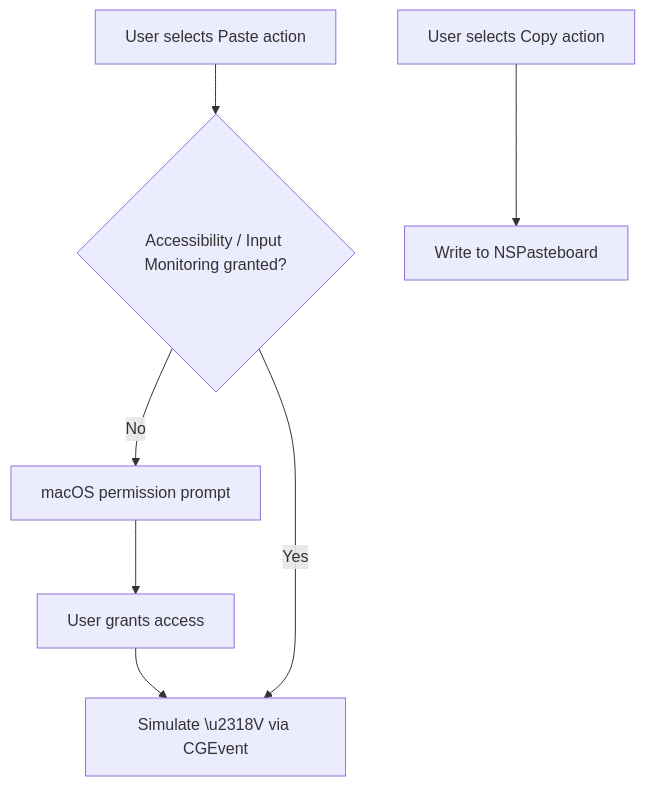
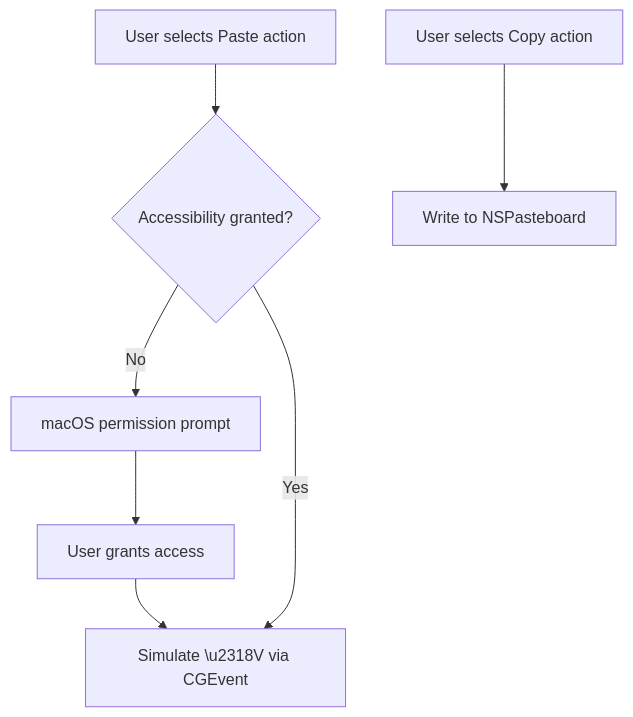
Before and after one commit to JonathanDumitru/Pault: the diagram in docs/diagrams/permissions-flow.mmd, drawn with Mermaid. The commit also changed 57 other files, not shown here.

```diff
--- a/docs/diagrams/permissions-flow.mmd
+++ b/docs/diagrams/permissions-flow.mmd
@@ -1,8 +1,8 @@
 flowchart TD
-    PasteAction["User selects Paste action"] --> Check{"Accessibility / Input Monitoring granted?"}
+    PasteAction["User selects Paste action"] --> Check{"Accessibility granted?"}
     Check -- "No" --> Prompt["macOS permission prompt"]
     Prompt --> Grant["User grants access"]
     Grant --> Paste["Simulate \u2318V via CGEvent"]
     Check -- "Yes" --> Paste
 
     CopyAction["User selects Copy action"] --> Clipboard["Write to NSPasteboard"]
```
